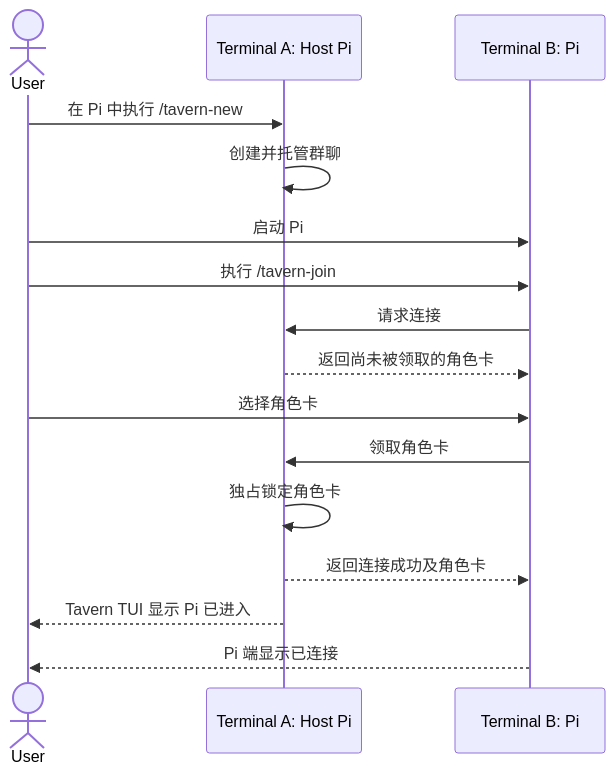
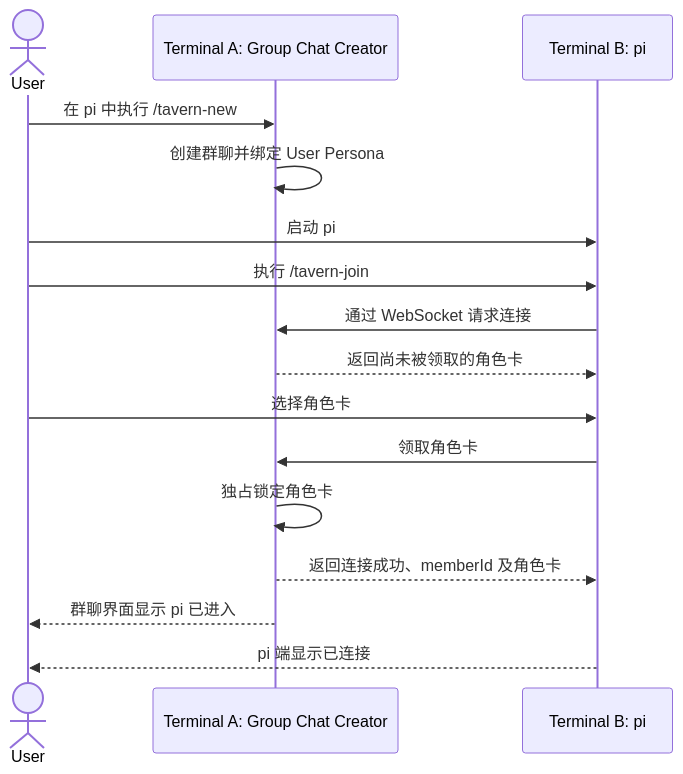
One commit to icylight/pi-tavern changed the diagram in docs/interaction-model.md. Above: the diagram before and after it, drawn with Mermaid. The commit also changed other lines of this file and 3 other files, not shown here.

````diff
--- a/docs/interaction-model.md
+++ b/docs/interaction-model.md
@@ -83,19 +101,19 @@
 ```mermaid
 sequenceDiagram
     actor User
-    participant Host as Terminal A: Host Pi
-    participant Pi as Terminal B: Pi
+    participant Creator as Terminal A: Group Chat Creator
+    participant CharacterPi as Terminal B: pi
 
-    User->>Host: 在 Pi 中执行 /tavern-new
-    Host->>Host: 创建并托管群聊
-    User->>Pi: 启动 Pi
-    User->>Pi: 执行 /tavern-join
-    Pi->>Host: 请求连接
-    Host-->>Pi: 返回尚未被领取的角色卡
-    User->>Pi: 选择角色卡
-    Pi->>Host: 领取角色卡
-    Host->>Host: 独占锁定角色卡
-    Host-->>Pi: 返回连接成功及角色卡
-    Host-->>User: Tavern TUI 显示 Pi 已进入
-    Pi-->>User: Pi 端显示已连接
+    User->>Creator: 在 pi 中执行 /tavern-new
+    Creator->>Creator: 创建群聊并绑定 User Persona
+    User->>CharacterPi: 启动 pi
+    User->>CharacterPi: 执行 /tavern-join
+    CharacterPi->>Creator: 通过 WebSocket 请求连接
+    Creator-->>CharacterPi: 返回尚未被领取的角色卡
+    User->>CharacterPi: 选择角色卡
+    CharacterPi->>Creator: 领取角色卡
+    Creator->>Creator: 独占锁定角色卡
+    Creator-->>CharacterPi: 返回连接成功、memberId 及角色卡
+    Creator-->>User: 群聊界面显示 pi 已进入
+    CharacterPi-->>User: pi 端显示已连接
 ```
````
